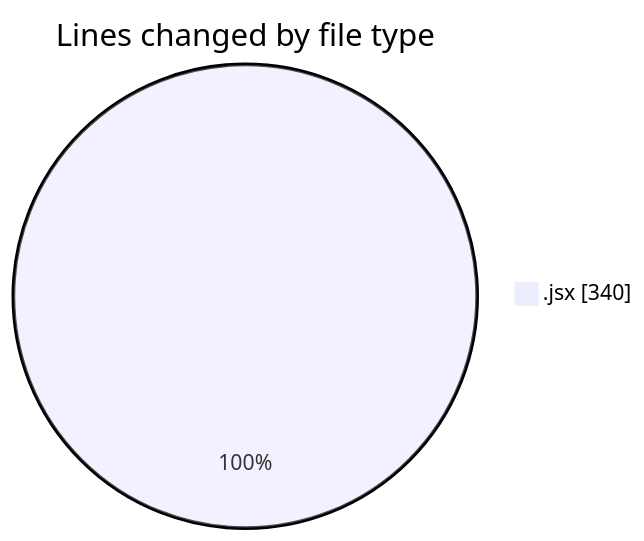
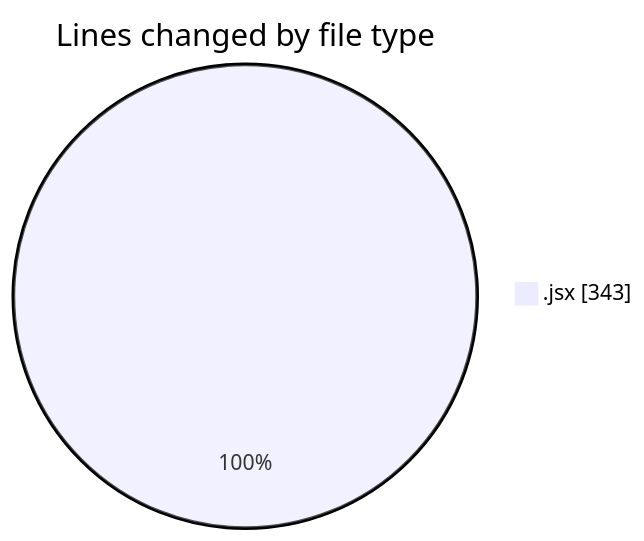
The first of 2 diagrams in 2025-11-06/nxtqube_webapp/README.md (nxtqubesakshisongat/code-tracking), drawn with Mermaid before and after one commit. The commit also changed other lines of this file and 1 other file, not shown here.

````diff
--- a/2025-11-06/nxtqube_webapp/README.md
+++ b/2025-11-06/nxtqube_webapp/README.md
@@ -20,5 +20,5 @@
 ```mermaid
 pie showData
 title Lines changed by file type
-".jsx" : 340
+".jsx" : 343
 ```
````
